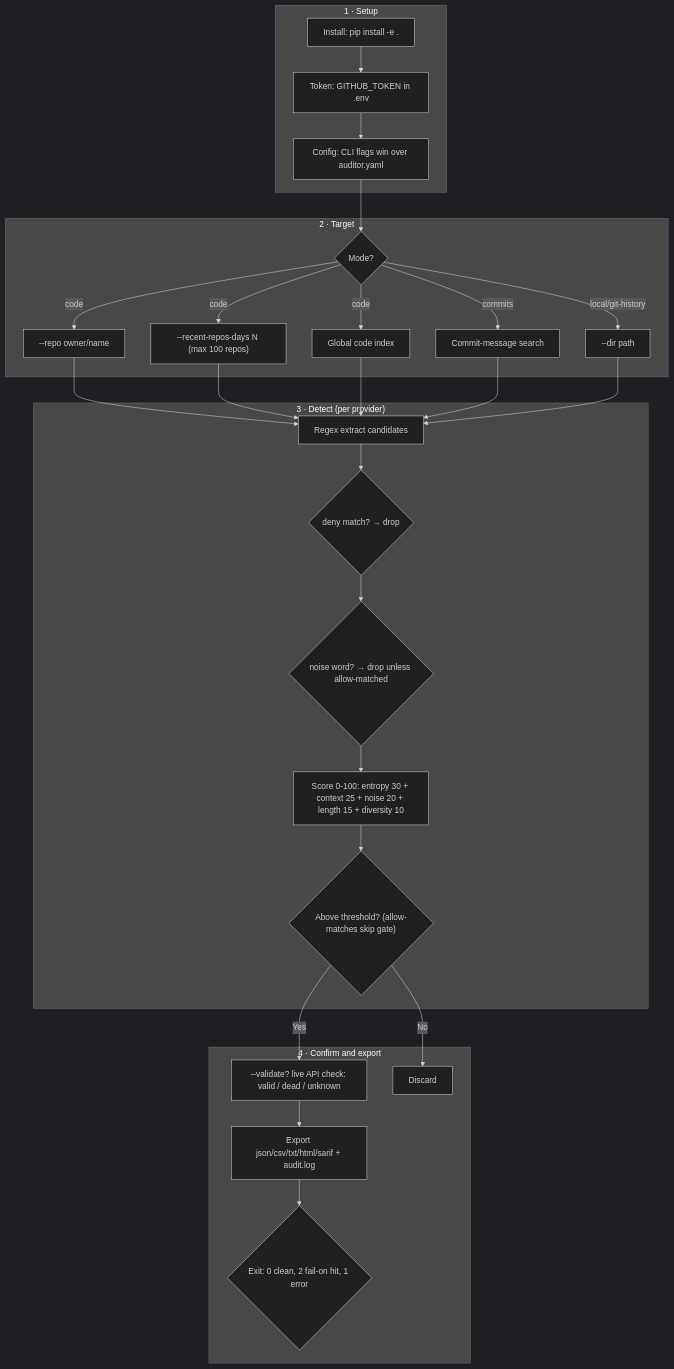
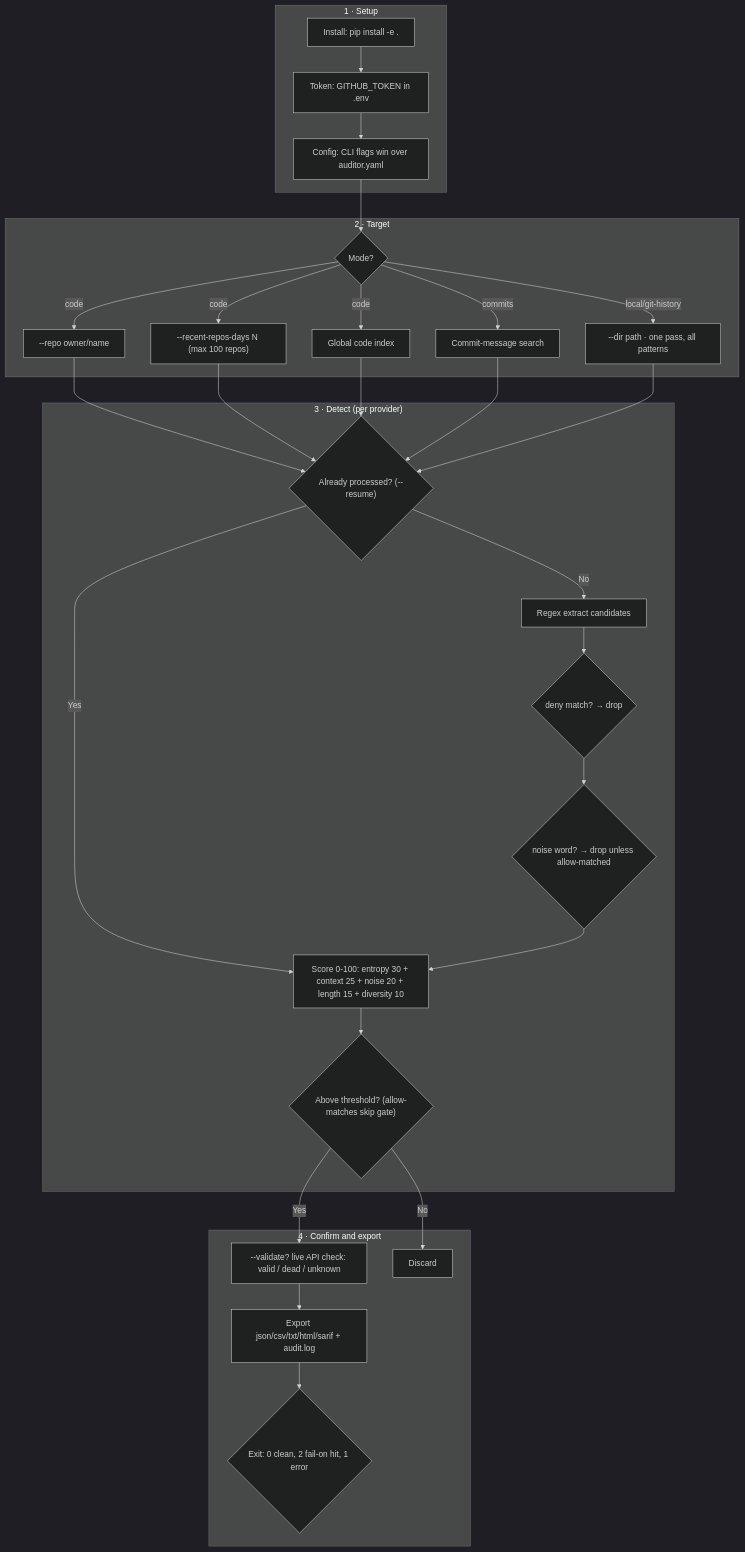
One commit to sunil-gumatimath/credsclaw changed the diagram in README.md. Above: the diagram before and after it, drawn with Mermaid (dark theme). The commit also changed other lines of this file, not shown here.

First line of the commit message:
docs: document content cache, single-pass scans, and CI self-scan

````diff
--- a/README.md
+++ b/README.md
@@ -455,28 +485,30 @@
 ```mermaid
 flowchart TD
     subgraph Setup["1 · Setup"]
         S1["Install: pip install -e ."] --> S2["Token: GITHUB_TOKEN in .env"]
         S2 --> S3["Config: CLI flags win over auditor.yaml"]
     end
     subgraph Target["2 · Target"]
         S3 --> T{"Mode?"}
         T -- code --> T1["--repo owner/name"]
         T -- code --> T2["--recent-repos-days N (max 100 repos)"]
         T -- code --> T3["Global code index"]
         T -- commits --> T4["Commit-message search"]
-        T -- local/git-history --> T5["--dir path"]
+        T -- local/git-history --> T5["--dir path · one pass, all patterns"]
     end
     subgraph Detect["3 · Detect (per provider)"]
-        T1 & T2 & T3 & T4 & T5 --> D1["Regex extract candidates"]
+        T1 & T2 & T3 & T4 & T5 --> D0{"Already processed? (--resume)"}
+        D0 -- Yes --> D4
+        D0 -- No --> D1["Regex extract candidates"]
         D1 --> D2{"deny match? → drop"}
         D2 --> D3{"noise word? → drop unless allow-matched"}
         D3 --> D4["Score 0-100: entropy 30 + context 25 + noise 20 + length 15 + diversity 10"]
         D4 --> D5{"Above threshold? (allow-matches skip gate)"}
     end
     subgraph Confirm["4 · Confirm and export"]
         D5 -- Yes --> C1["--validate? live API check: valid / dead / unknown"]
         D5 -- No --> C4["Discard"]
         C1 --> C2["Export json/csv/txt/html/sarif + audit.log"]
         C2 --> C3{"Exit: 0 clean, 2 fail-on hit, 1 error"}
     end
 ```
````
